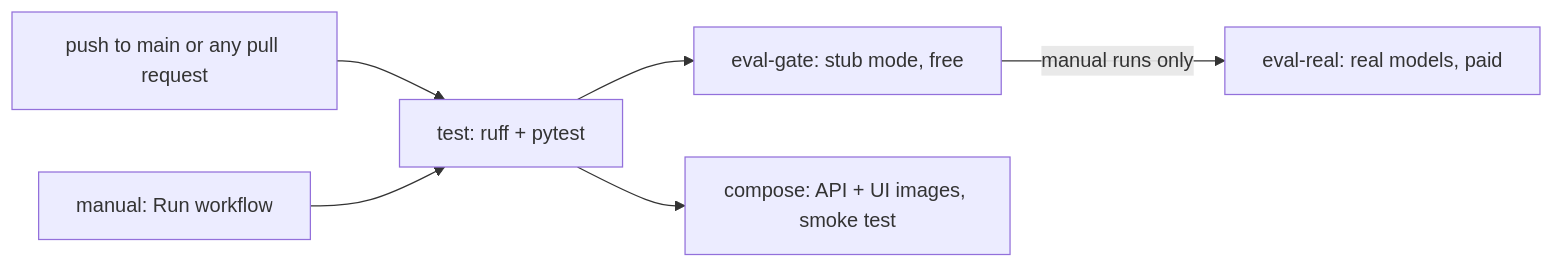
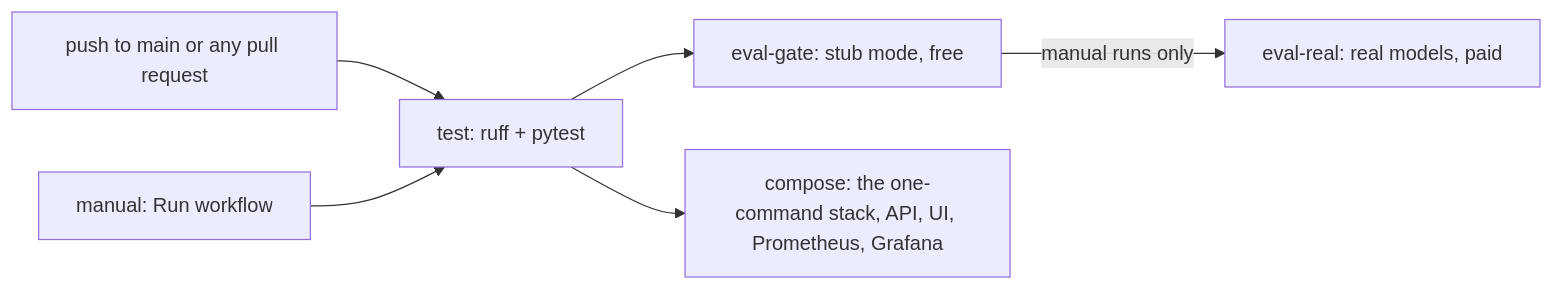
One commit to Sanjaymartolia/ClaimSense-Insurance changed the diagram in docs/CI_CD_PIPELINE.md. Above: the diagram before and after it, drawn with Mermaid. The commit also changed other lines of this file and 18 other files, not shown here.

First line of the commit message:
Submission: one command starts everything (docker compose up --build), README first

````diff
--- a/docs/CI_CD_PIPELINE.md
+++ b/docs/CI_CD_PIPELINE.md
@@ -31,8 +31,8 @@
 ```mermaid
 flowchart LR
     P[push to main or any pull request] --> T[test: ruff + pytest]
     M[manual: Run workflow] --> T
     T --> G[eval-gate: stub mode, free]
-    T --> C[compose: API + UI images, smoke test]
+    T --> C[compose: the one-command stack, API, UI, Prometheus, Grafana]
     G -->|manual runs only| R[eval-real: real models, paid]
 ```
````
